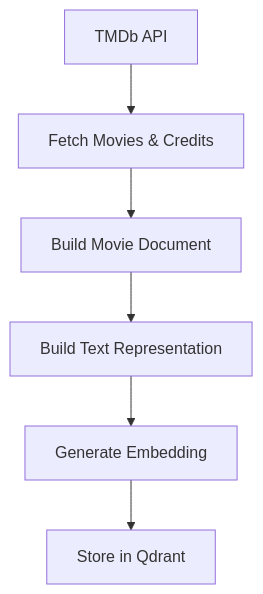
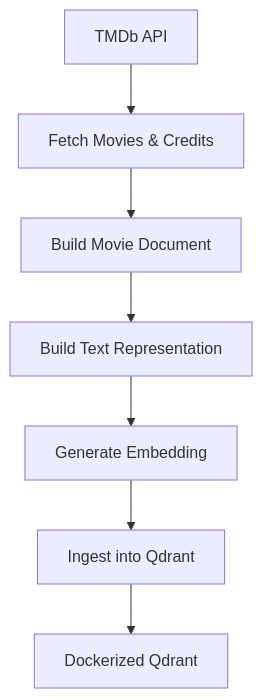
One commit to AshengLin/agent-retrieval-system changed the diagram in src/vectordb/README.md. Above: the diagram before and after it, drawn with Mermaid. The commit also changed other lines of this file and 6 other files, not shown here.

````diff
--- a/src/vectordb/README.md
+++ b/src/vectordb/README.md
@@ -40,9 +54,10 @@
 ```mermaid
 flowchart TB
     TMDb[TMDb API]
     --> Fetch[Fetch Movies & Credits]
     --> Transform[Build Movie Document]
     --> Text[Build Text Representation]
     --> Embed[Generate Embedding]
-    --> Qdrant[Store in Qdrant]
+    --> Ingest[Ingest into Qdrant]
+    --> Qdrant[Dockerized Qdrant]
 ```
````
